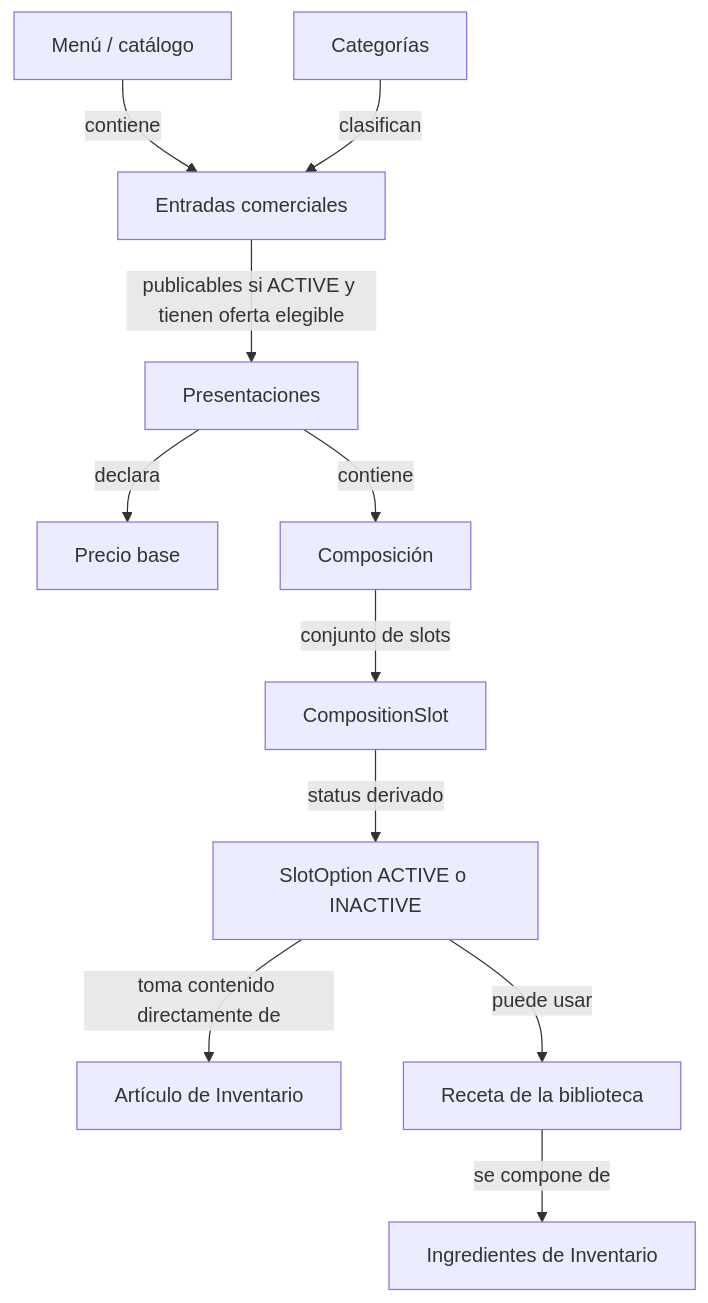
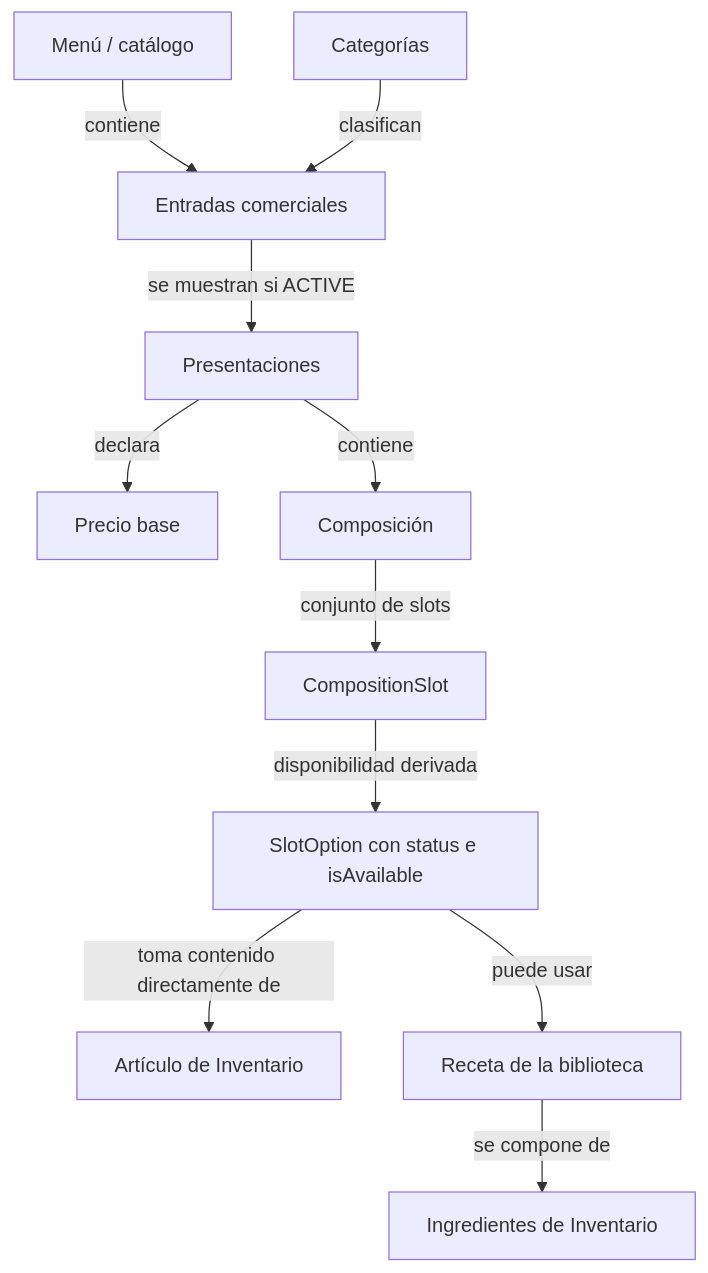
Before and after one commit to FMAT-Restaurant/Menu-Documentation: the first of 5 diagrams in docs/ers/architechture.md, drawn with Mermaid. The commit also changed other lines of this file and 10 other files, not shown here.

First line of the commit message:
docs(ers): estado administrativo y disponibilidad, eventos con Inventario y receta vigente (2.2.0, 2.3.0)

````diff
--- a/docs/ers/architechture.md
+++ b/docs/ers/architechture.md
@@ -86,13 +86,13 @@
 ```mermaid
 flowchart TB
     Menu["Menú / catálogo"] -->|contiene| Entries["Entradas comerciales"]
     Categories["Categorías"] -->|clasifican| Entries
-    Entries -->|publicables si ACTIVE y tienen oferta elegible| Offers["Presentaciones"]
+    Entries -->|se muestran si ACTIVE| Offers["Presentaciones"]
     Offers -->|declara| BasePrice["Precio base"]
     Offers -->|contiene| Composition["Composición"]
     Composition -->|conjunto de slots| Slots["CompositionSlot"]
-    Slots -->|status derivado| Options["SlotOption ACTIVE o INACTIVE"]
+    Slots -->|disponibilidad derivada| Options["SlotOption con status e isAvailable"]
     Options -->|toma contenido directamente de| InventoryItem["Artículo de Inventario"]
     Options -->|puede usar| Recipe["Receta de la biblioteca"]
     Recipe -->|se compone de| Ingredients["Ingredientes de Inventario"]
 ```
````
